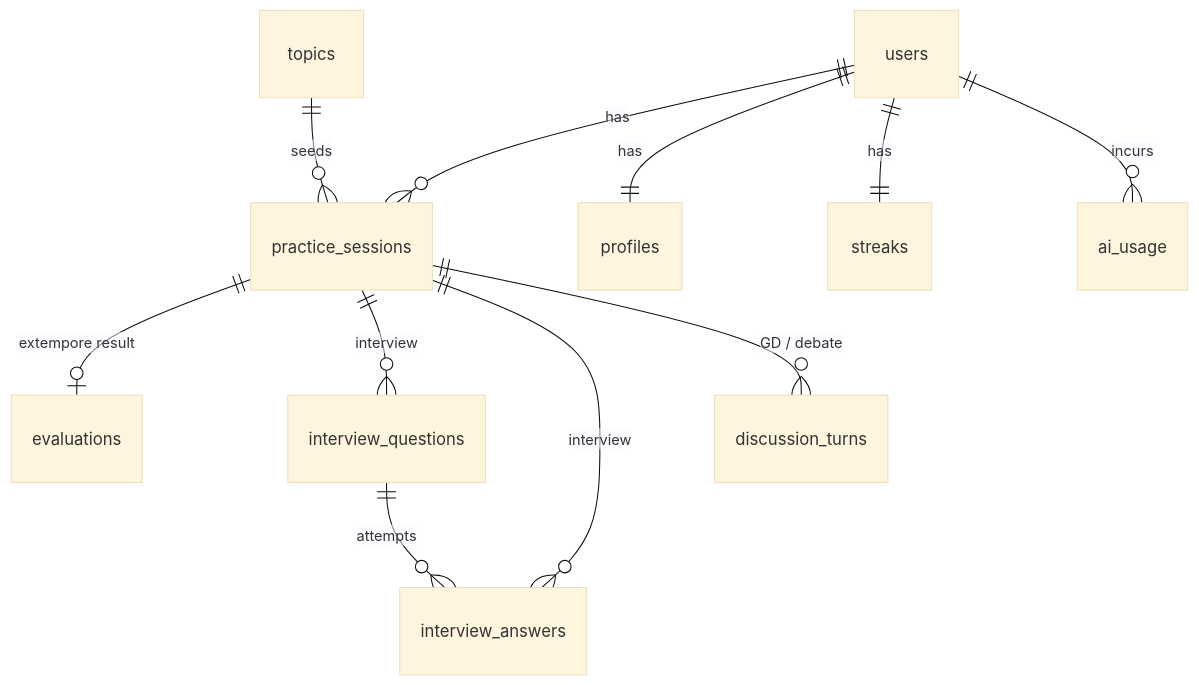
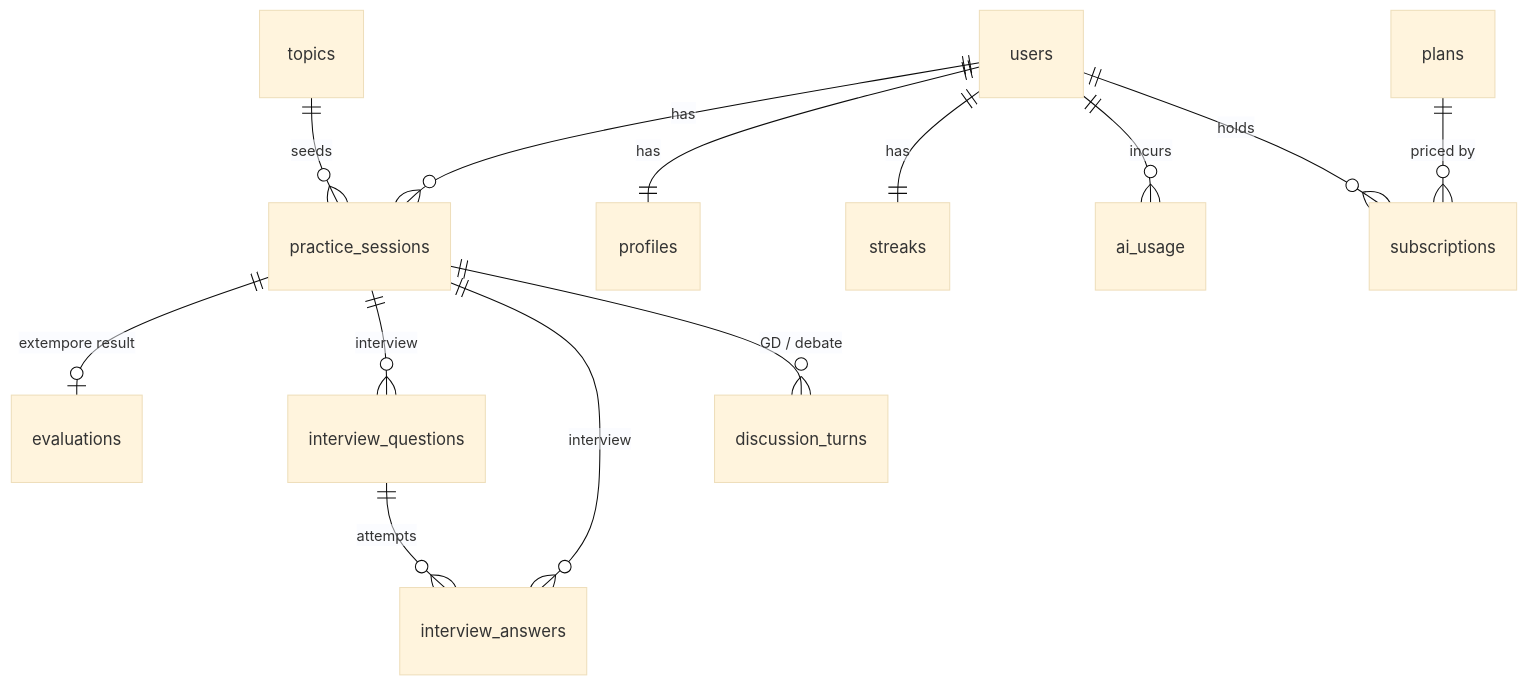
Before and after one commit to Chiragj2003/preppulse: the second of 9 diagrams in flow.md, drawn with Mermaid (base theme). The commit also changed other lines of this file and 3 other files, not shown here.

First line of the commit message:
docs: extend decisions, flows and quiz for phases 5 and 6

````diff
--- a/flow.md
+++ b/flow.md
@@ -66,15 +69,17 @@
 ```mermaid
 erDiagram
     users ||--o{ practice_sessions : has
     users ||--|| profiles : has
     users ||--|| streaks : has
     users ||--o{ ai_usage : incurs
+    users ||--o{ subscriptions : holds
 
     topics ||--o{ practice_sessions : "seeds"
+    plans ||--o{ subscriptions : "priced by"
 
     practice_sessions ||--o| evaluations : "extempore result"
     practice_sessions ||--o{ interview_questions : "interview"
     practice_sessions ||--o{ interview_answers : "interview"
     practice_sessions ||--o{ discussion_turns : "GD / debate"
     interview_questions ||--o{ interview_answers : "attempts"
 ```
````
